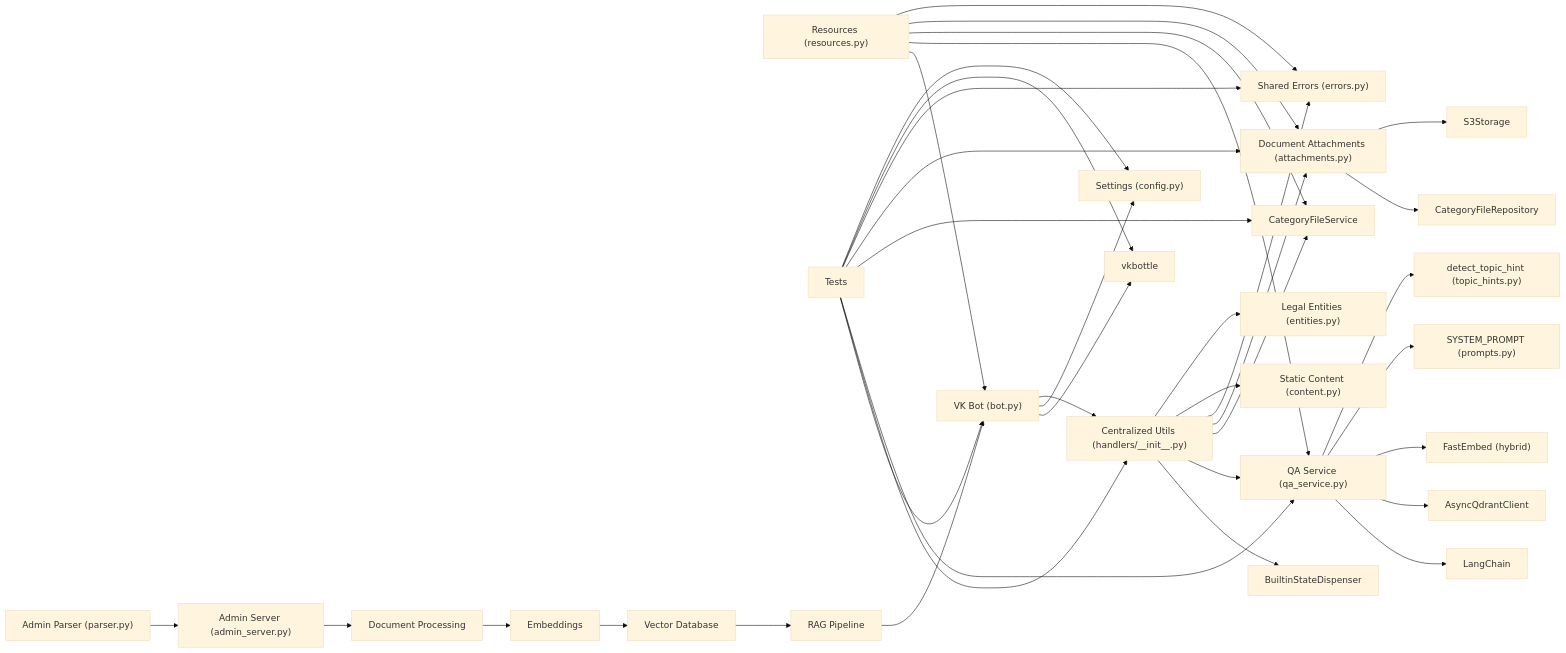
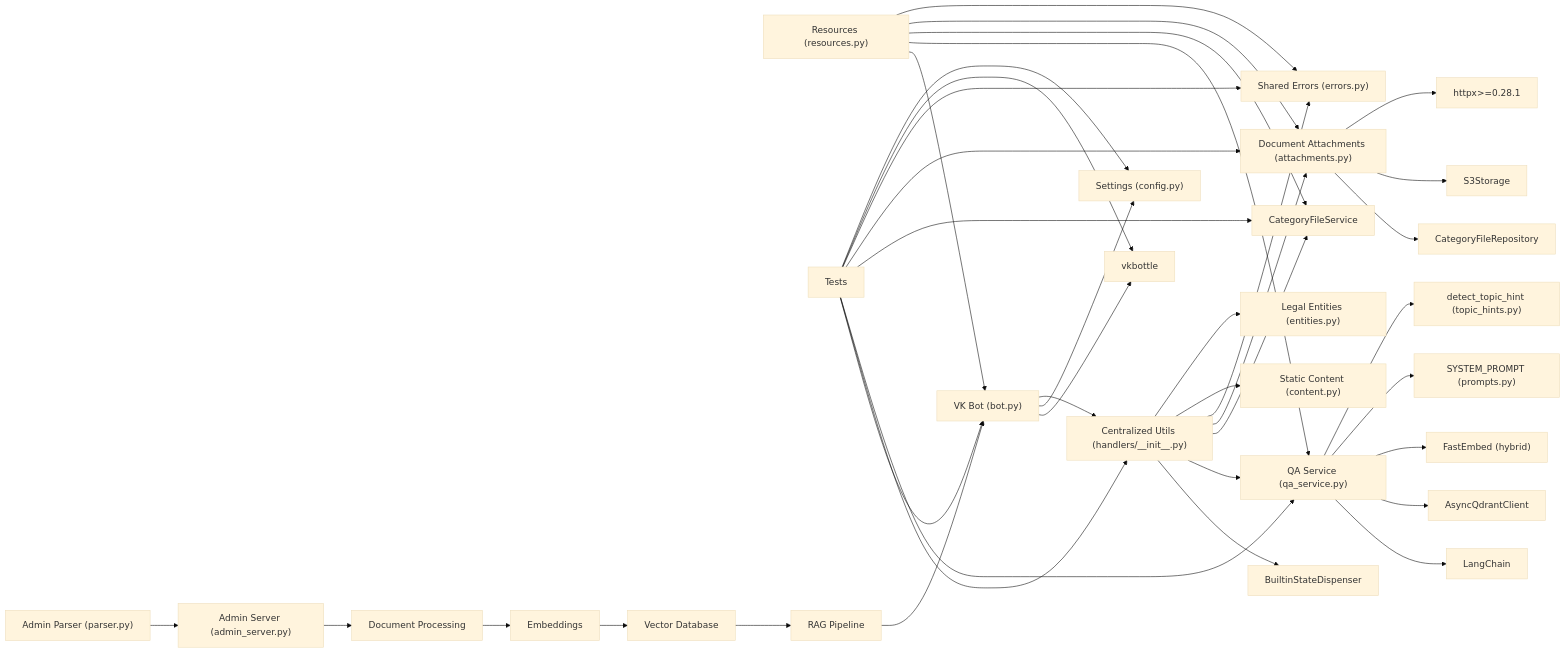
One commit to ognelis/cafetera_hr_bot changed diagram 35 of 35 in .qoder/repowiki/en/content/VK Integration/VK Integration.md. Above: the diagram before and after it, drawn with Mermaid (base theme). The commit also changed other lines of this file and 25 other files, not shown here.

````diff
--- a/.qoder/repowiki/en/content/VK Integration/VK Integration.md
+++ b/.qoder/repowiki/en/content/VK Integration/VK Integration.md
@@ -1863,39 +1899,40 @@
 ```mermaid
 graph LR
 VKBot["VK Bot (bot.py)"] --> VKFw["vkbottle"]
 VKBot --> Cfg["Settings (config.py)"]
 VKBot --> Utils["Centralized Utils (handlers/__init__.py)"]
 Utils --> SD["BuiltinStateDispenser"]
 Utils --> QA["QA Service (qa_service.py)"]
 Utils --> CategoryService["CategoryFileService"]
 Utils --> Attachments["Document Attachments (attachments.py)"]
 Utils --> SharedErrors["Shared Errors (errors.py)"]
 Utils --> StaticContent["Static Content (content.py)"]
 Utils --> Entities["Legal Entities (entities.py)"]
 Attachments --> CategoryRepo["CategoryFileRepository"]
 Attachments --> S3["S3Storage"]
+Attachments --> HTTPX["httpx>=0.28.1"]
 QA --> LangChain["LangChain"]
 QA --> AsyncQdrant["AsyncQdrantClient"]
 QA --> FastEmbed["FastEmbed (hybrid)"]
 QA --> Prompts["SYSTEM_PROMPT (prompts.py)"]
 QA --> TopicHints["detect_topic_hint (topic_hints.py)"]
 Resources["Resources (resources.py)"] --> VKBot
 Resources --> QA
 Resources --> CategoryService
 Resources --> Attachments
 Resources --> SharedErrors
 Tests["Tests"] --> VKBot
 Tests --> Utils
 Tests --> QA
 Tests --> CategoryService
 Tests --> Attachments
 Tests --> SharedErrors
 Tests --> VKFw
 Tests --> Cfg
 AdminParser["Admin Parser (parser.py)"] --> AdminServer["Admin Server (admin_server.py)"]
 AdminServer --> Parser["Document Processing"]
 Parser --> Embeddings["Embeddings"]
 Embeddings --> VectorDB["Vector Database"]
 VectorDB --> RAG["RAG Pipeline"]
 RAG --> VKBot
 ```
````
